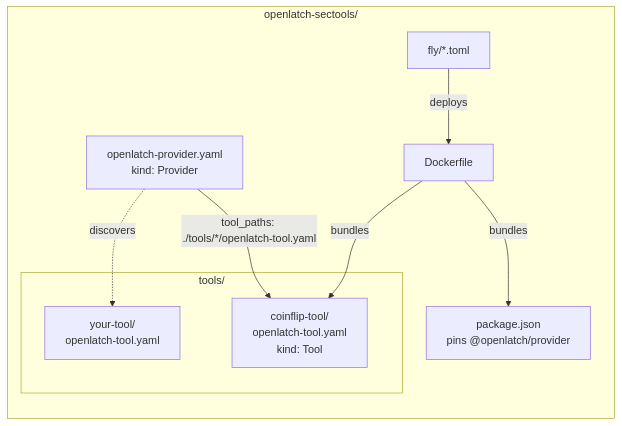
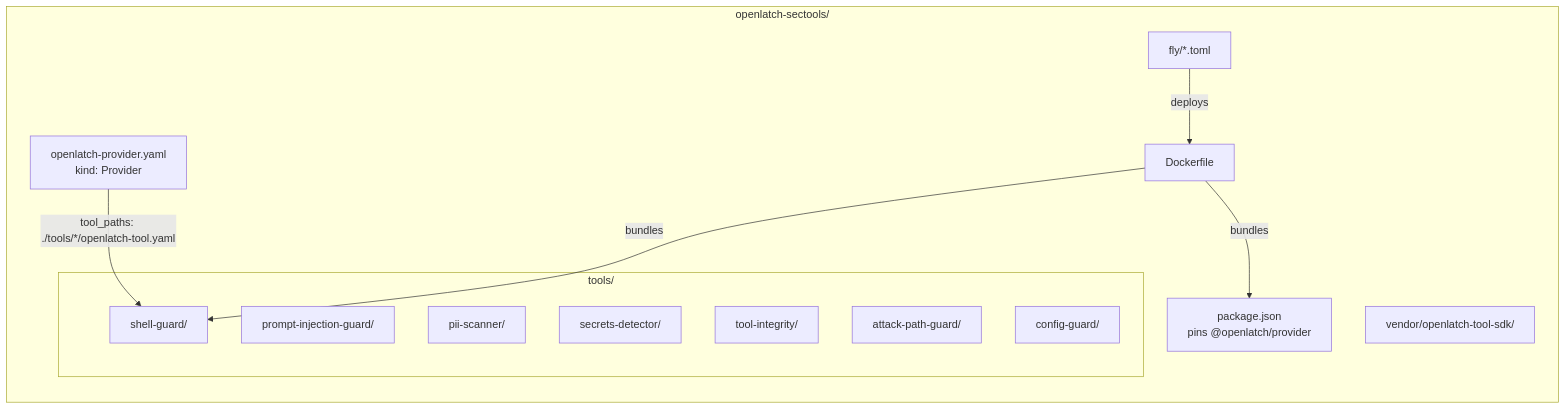
The second of 3 diagrams in README.md (OpenLatch/openlatch-sectools), drawn with Mermaid before and after one commit. The commit also changed other lines of this file and 103 other files, not shown here.

First line of the commit message:
feat!: replace coinflip with 7 first-party detection tools (#3)

````diff
--- a/README.md
+++ b/README.md
@@ -35,18 +53,23 @@
 ```mermaid
 graph LR
     subgraph "openlatch-sectools/"
         ROOT[openlatch-provider.yaml<br/>kind: Provider]
         PKG[package.json<br/>pins @openlatch/provider]
         DOCKER[Dockerfile]
         FLY[fly/*.toml]
+        VENDOR[vendor/openlatch-tool-sdk/]
         subgraph "tools/"
-            CF[coinflip-tool/<br/>openlatch-tool.yaml<br/>kind: Tool]
-            NEXT[your-tool/<br/>openlatch-tool.yaml]
+            SG[shell-guard/]
+            PI[prompt-injection-guard/]
+            PS[pii-scanner/]
+            SD[secrets-detector/]
+            TI[tool-integrity/]
+            AP[attack-path-guard/]
+            CG[config-guard/]
         end
-        ROOT -- "tool_paths: ./tools/*/openlatch-tool.yaml" --> CF
-        ROOT -. discovers .-> NEXT
+        ROOT -- "tool_paths: ./tools/*/openlatch-tool.yaml" --> SG
         DOCKER -- bundles --> PKG
-        DOCKER -- bundles --> CF
+        DOCKER -- bundles --> SG
         FLY -- deploys --> DOCKER
     end
 ```
````
